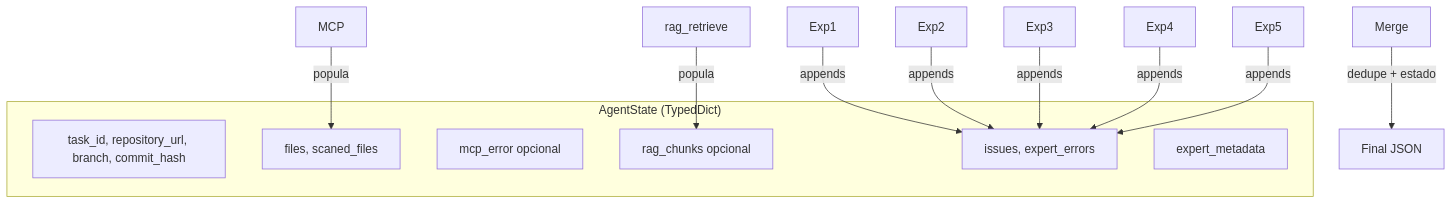
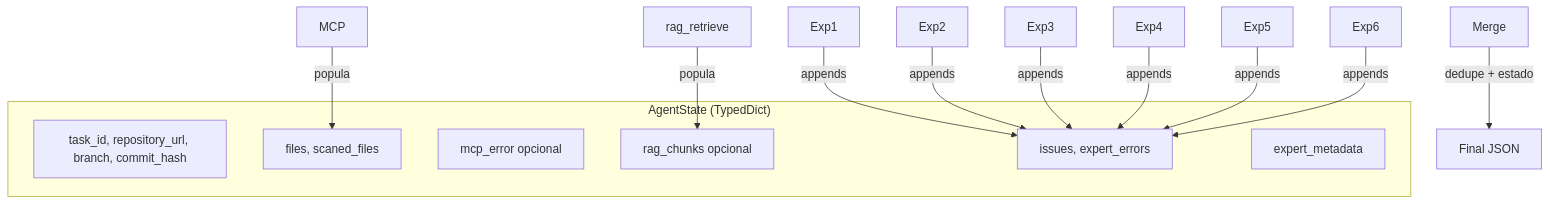
One commit to KaribuLab/titvo-dev changed the third of 3 diagrams in docs/architecture.md. Above: the diagram before and after it, drawn with Mermaid. The commit also changed other lines of this file and 9 other files, not shown here.

````diff
--- a/docs/architecture.md
+++ b/docs/architecture.md
@@ -68,20 +70,21 @@
 ```mermaid
 flowchart TD
     subgraph State["AgentState (TypedDict)"]
         Task[task_id, repository_url, branch, commit_hash]
         Files[files, scaned_files]
         MCPERR[mcp_error opcional]
         RAGChunks[rag_chunks opcional]
         Issues[issues, expert_errors]
         Meta[expert_metadata]
     end
     
     MCP -->|popula| Files
     RAG_Node[rag_retrieve] -->|popula| RAGChunks
     Exp1 -->|appends| Issues
     Exp2 -->|appends| Issues
     Exp3 -->|appends| Issues
     Exp4 -->|appends| Issues
     Exp5 -->|appends| Issues
+    Exp6 -->|appends| Issues
     Merge -->|dedupe + estado| Final[Final JSON]
 ```
````
